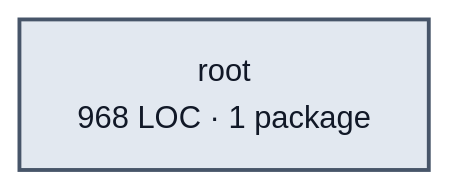
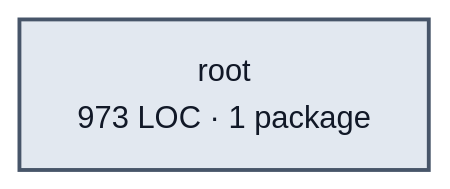
Before and after one commit to portpowered/you-agent-factory: the diagram in docs/architecture/visualizations/services/edges.md, drawn with Mermaid. The commit also changed other lines of this file and 21 other files, not shown here.

Commit message:
docs: refresh backend architecture visualizations

````diff
--- a/docs/architecture/visualizations/services/edges.md
+++ b/docs/architecture/visualizations/services/edges.md
@@ -11,5 +11,5 @@
 ```mermaid
 flowchart LR
-  p0["root<br/>968 LOC · 1 package"]
+  p0["root<br/>973 LOC · 1 package"]
   style p0 fill:#e2e8f0,stroke:#475569,stroke-width:2px,color:#111827
 ```
````
